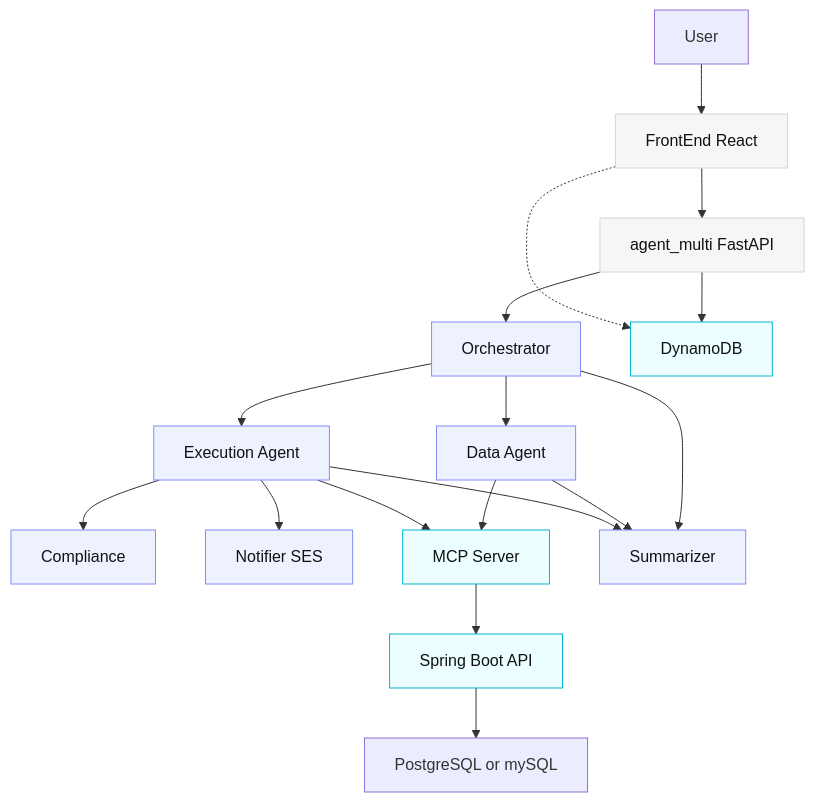
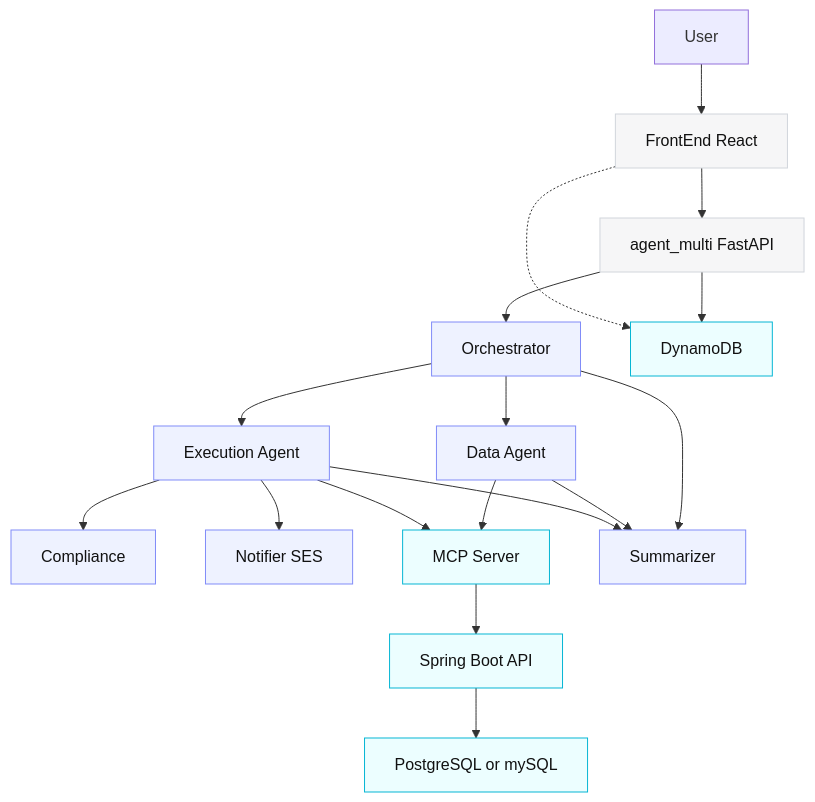
One commit to Jaykakkad82/myPay_bot changed the diagram in README.md. Above: the diagram before and after it, drawn with Mermaid.

Commit message:
updates-readme

````diff
--- a/README.md
+++ b/README.md
@@ -33,26 +33,26 @@
 ```mermaid
 graph TD;
   U[User] --> FE[FrontEnd React];
   FE --> API[agent_multi FastAPI];
   API --> ORCH[Orchestrator];
   ORCH --> DATA[Data Agent];
   ORCH --> EXEC[Execution Agent];
   EXEC --> COMP[Compliance];
   EXEC --> NOTIF[Notifier SES];
   DATA --> MCP[MCP Server];
   EXEC --> MCP;
   MCP --> SB[Spring Boot API];
   SB --> APPDB[PostgreSQL or mySQL];
   ORCH --> SUM[Summarizer];
   DATA --> SUM;
   EXEC --> SUM;
   API --> DDB[DynamoDB];
   FE -.-> DDB;
 
   classDef dim fill:#f6f6f7,stroke:#d1d5db,color:#111;
   classDef core fill:#eef2ff,stroke:#818cf8,color:#111;
   classDef integ fill:#ecfeff,stroke:#06b6d4,color:#111;
   class API,FE dim;
   class ORCH,DATA,EXEC,COMP,NOTIF,SUM core;
-  class MCP,SB,DDB integ;
+  class MCP,SB,DDB,APPDB integ;
 ```
````
